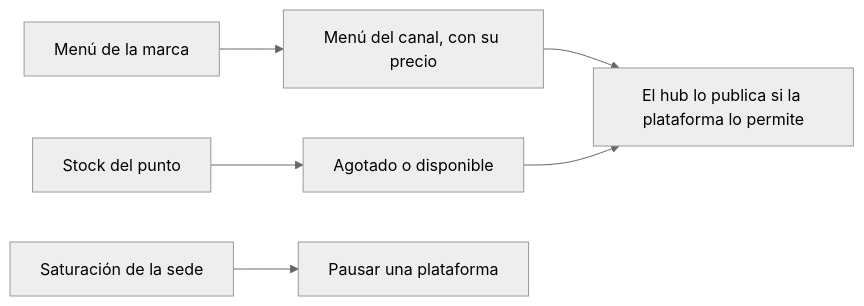
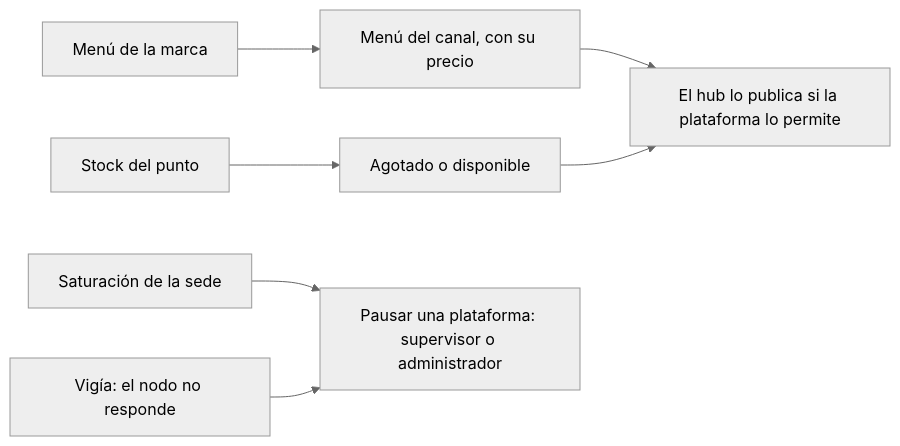
Before and after one commit to CesarJOtizM/blackHole: the third of 5 diagrams in docs/flujos/m5-domicilios.md, drawn with Mermaid (neutral theme). The commit also changed other lines of this file and 159 other files, not shown here.

````diff
--- a/docs/flujos/m5-domicilios.md
+++ b/docs/flujos/m5-domicilios.md
@@ -85,8 +85,9 @@
 ```mermaid
 flowchart LR
   Menu["Menú de la marca"] --> Canal["Menú del canal, con su precio"]
   Canal --> Hub["El hub lo publica si la plataforma lo permite"]
   Stock["Stock del punto"] --> Disp["Agotado o disponible"]
   Disp --> Hub
-  Sat["Saturación de la sede"] --> Pausa["Pausar una plataforma"]
+  Sat["Saturación de la sede"] --> Pausa["Pausar una plataforma: supervisor o administrador"]
+  Vig["Vigía: el nodo no responde"] --> Pausa
 ```
````
